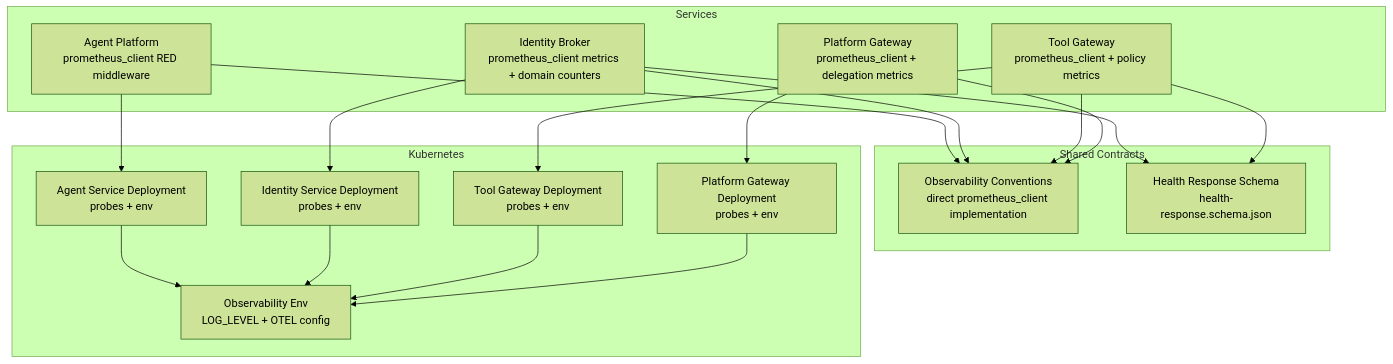
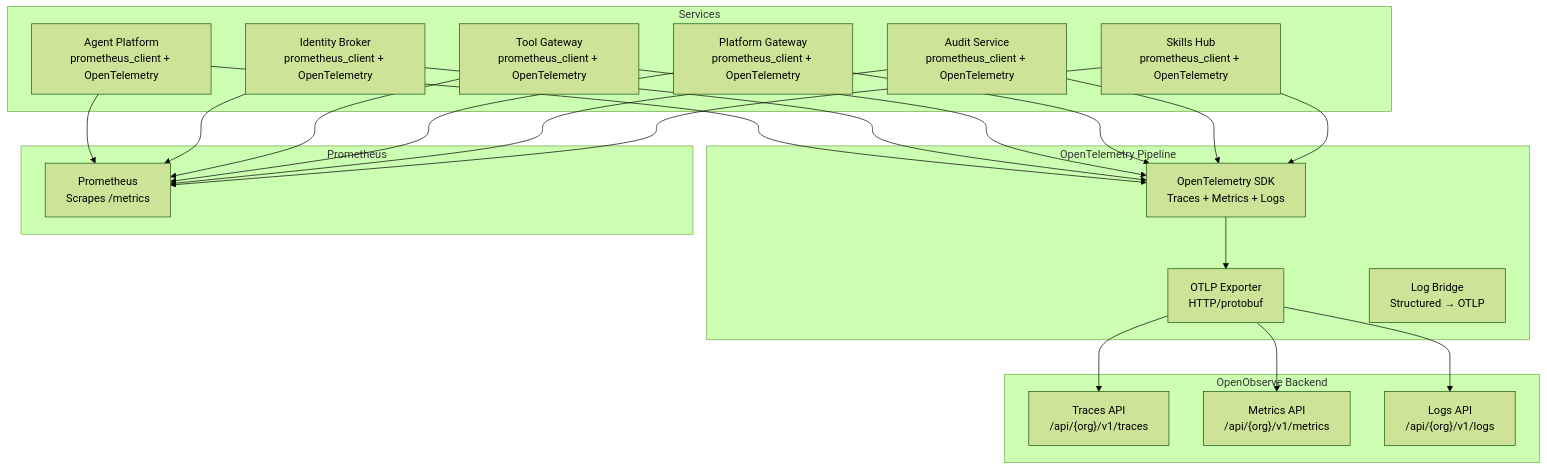
The first of 10 diagrams in .qoder/repowiki/en/content/Monitoring and Observability/Monitoring and Observability.md (metasync/luban-aiops), drawn with Mermaid (forest theme) before and after one commit. The commit also changed other lines of this file and 71 other files, not shown here.

Commit message:
docs: refresh repowiki knowledge cache after OpenObserve telemetry enablement

````diff
--- a/.qoder/repowiki/en/content/Monitoring and Observability/Monitoring and Observability.md
+++ b/.qoder/repowiki/en/content/Monitoring and Observability/Monitoring and Observability.md
@@ -57,34 +65,40 @@
 ```mermaid
 graph TB
 subgraph "Services"
-AP["Agent Platform<br/>prometheus_client RED middleware"]
-IB["Identity Broker<br/>prometheus_client metrics + domain counters"]
-TG["Tool Gateway<br/>prometheus_client + policy metrics"]
-PG["Platform Gateway<br/>prometheus_client + delegation metrics"]
+AP["Agent Platform<br/>prometheus_client + OpenTelemetry"]
+IB["Identity Broker<br/>prometheus_client + OpenTelemetry"]
+TG["Tool Gateway<br/>prometheus_client + OpenTelemetry"]
+PG["Platform Gateway<br/>prometheus_client + OpenTelemetry"]
+AS["Audit Service<br/>prometheus_client + OpenTelemetry"]
+SH["Skills Hub<br/>prometheus_client + OpenTelemetry"]
 end
-subgraph "Shared Contracts"
-OC["Observability Conventions<br/>direct prometheus_client implementation"]
-HR["Health Response Schema<br/>health-response.schema.json"]
+subgraph "OpenTelemetry Pipeline"
+OTEL["OpenTelemetry SDK<br/>Traces + Metrics + Logs"]
+EXPORTER["OTLP Exporter<br/>HTTP/protobuf"]
+LOG_BRIDGE["Log Bridge<br/>Structured → OTLP"]
 end
-subgraph "Kubernetes"
-OBS_ENV["Observability Env<br/>LOG_LEVEL + OTEL config"]
-AP_DEP["Agent Service Deployment<br/>probes + env"]
-IB_DEP["Identity Service Deployment<br/>probes + env"]
-TG_DEP["Tool Gateway Deployment<br/>probes + env"]
-PG_DEP["Platform Gateway Deployment<br/>probes + env"]
+subgraph "OpenObserve Backend"
+OO_TRACES["Traces API<br/>/api/{org}/v1/traces"]
+OO_METRICS["Metrics API<br/>/api/{org}/v1/metrics"]
+OO_LOGS["Logs API<br/>/api/{org}/v1/logs"]
 end
-AP --> OC
-IB --> OC
-TG --> OC
-PG --> OC
-IB --> HR
-TG --> HR
-AP --> AP_DEP
-IB --> IB_DEP
-TG --> TG_DEP
-PG --> PG_DEP
-AP_DEP --> OBS_ENV
-IB_DEP --> OBS_ENV
-TG_DEP --> OBS_ENV
-PG_DEP --> OBS_ENV
+subgraph "Prometheus"
+PROM["Prometheus<br/>Scrapes /metrics"]
+end
+AP --> OTEL
+IB --> OTEL
+TG --> OTEL
+PG --> OTEL
+AS --> OTEL
+SH --> OTEL
+OTEL --> EXPORTER
+EXPORTER --> OO_TRACES
+EXPORTER --> OO_METRICS
+EXPORTER --> OO_LOGS
+AP --> PROM
+IB --> PROM
+TG --> PROM
+PG --> PROM
+AS --> PROM
+SH --> PROM
 ```
````
